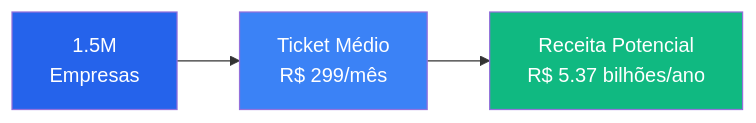
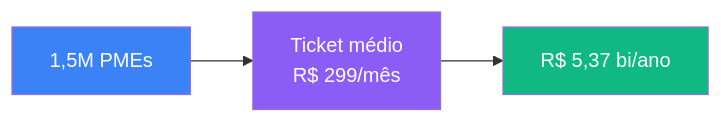
The sixth of 11 diagrams in documentation/docs/estrategia/analise-mercado.mdx (matheusmendes720/workconnect-tcc), drawn with Mermaid before and after one commit. The commit also changed other lines of this file and 16 other files, not shown here.

````diff
--- a/documentation/docs/estrategia/analise-mercado.mdx
+++ b/documentation/docs/estrategia/analise-mercado.mdx
@@ -108,9 +125,9 @@
 ```mermaid
 flowchart LR
-    A[1.5M<br/>Empresas] --> B[Ticket Médio<br/>R$ 299/mês]
-    B --> C[Receita Potencial<br/>R$ 5.37 bilhões/ano]
-    
-    style A fill:#2563eb,color:#fff
-    style B fill:#3b82f6,color:#fff
+    A[1,5M PMEs] --> B[Ticket médio<br/>R$ 299/mês]
+    B --> C["R$ 5,37 bi/ano"]
+
+    style A fill:#3b82f6,color:#fff
+    style B fill:#8b5cf6,color:#fff
     style C fill:#10b981,color:#fff
 ```
````
